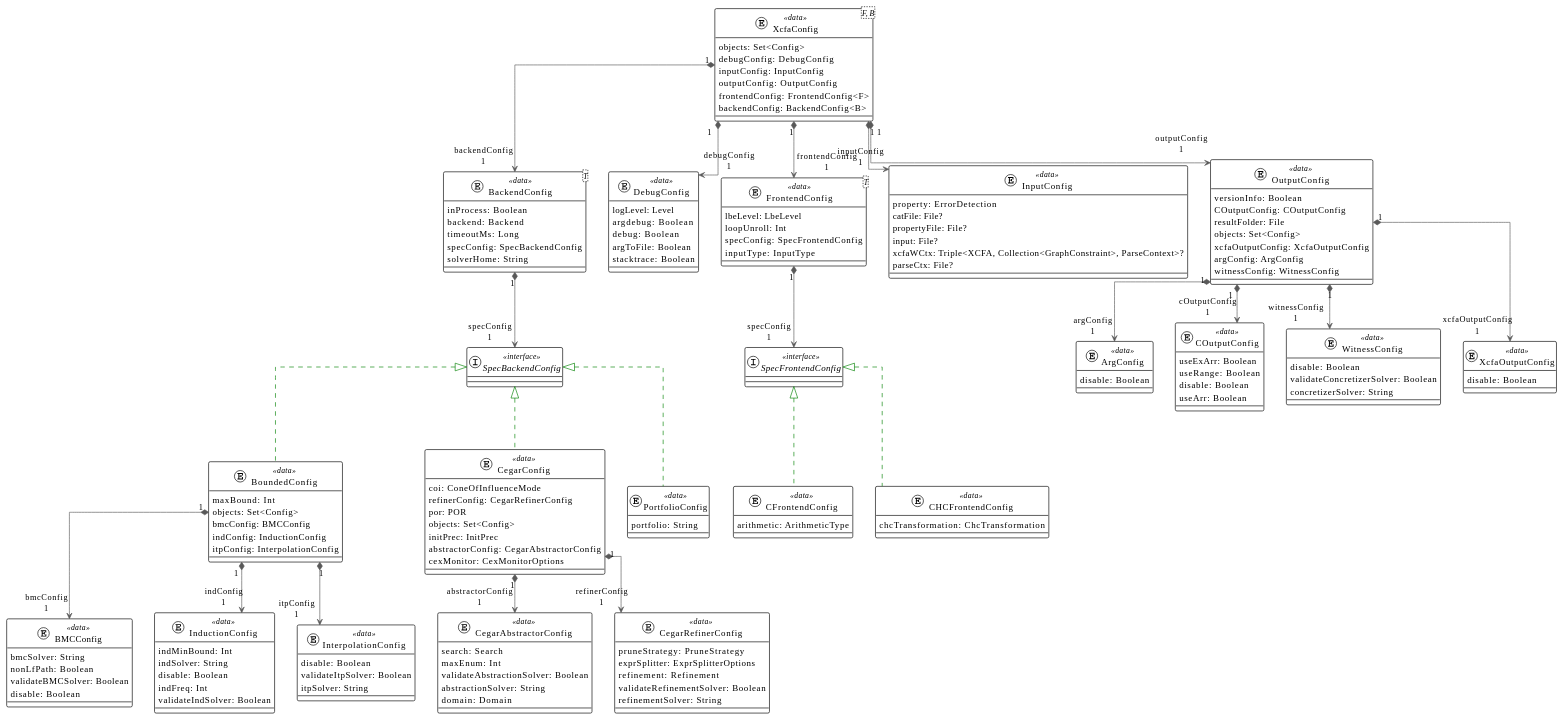
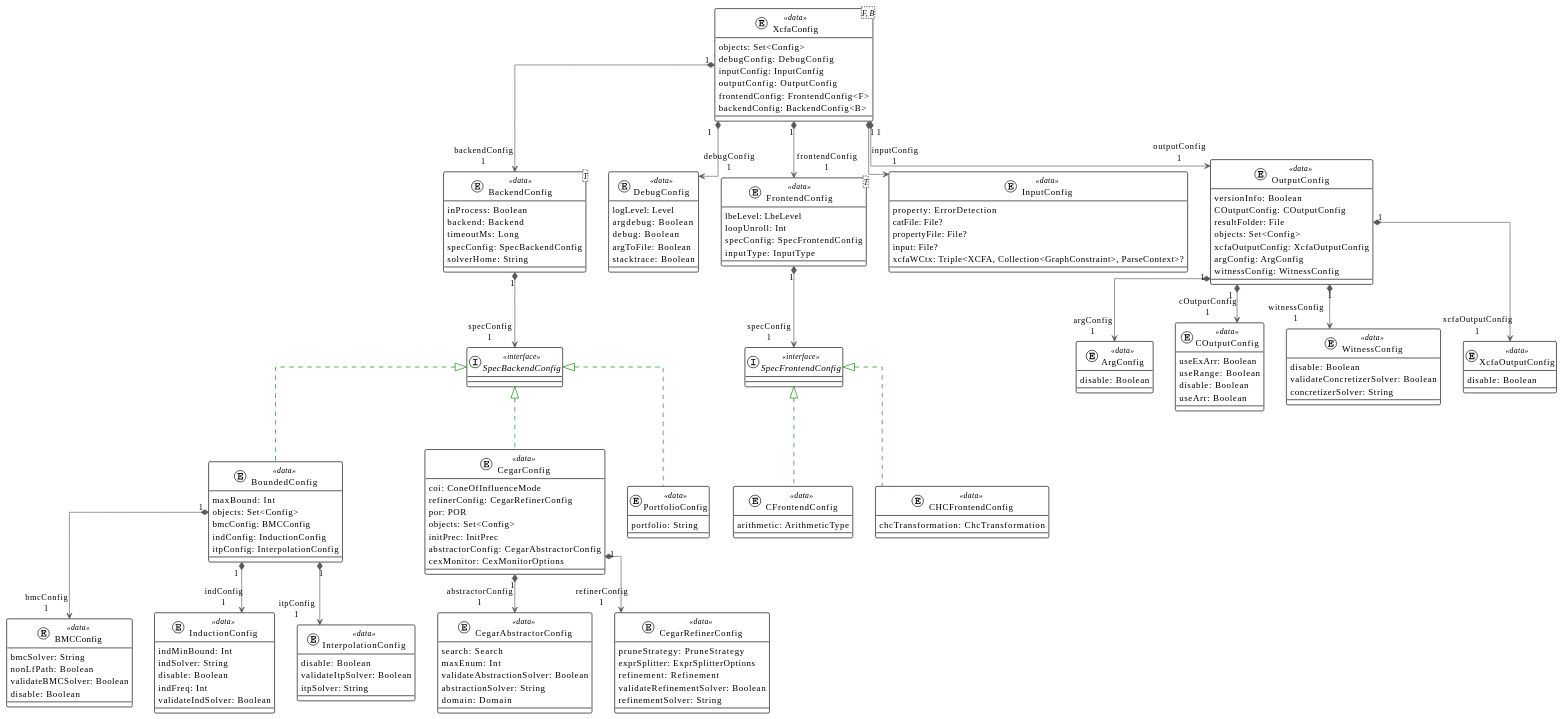
One commit to ftsrg/theta changed the diagram in subprojects/xcfa/xcfa-cli/README.md. Above: the diagram before and after it, drawn with PlantUML. The commit also changed 79 other files, not shown here.

```diff
--- a/subprojects/xcfa/xcfa-cli/README.md
+++ b/subprojects/xcfa/xcfa-cli/README.md
@@ -118,7 +118,6 @@
    propertyFile: File?
    input: File?
    xcfaWCtx: Triple<XCFA, Collection<GraphConstraint>, ParseContext>?
-   parseCtx: File?
 }
 entity  InterpolationConfig << data >> {
    disable: Boolean
```
